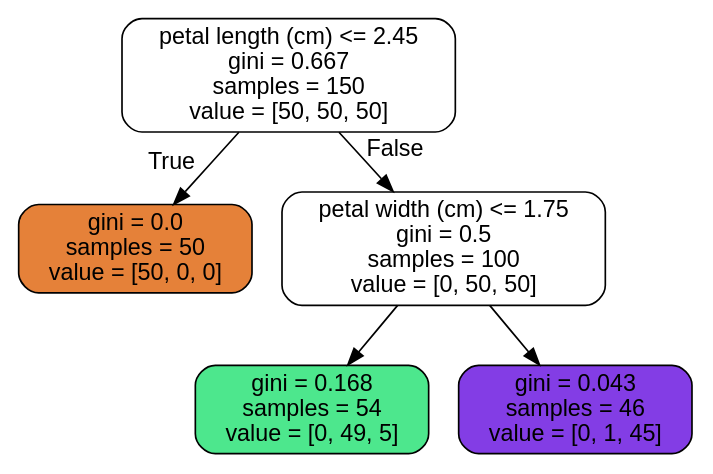
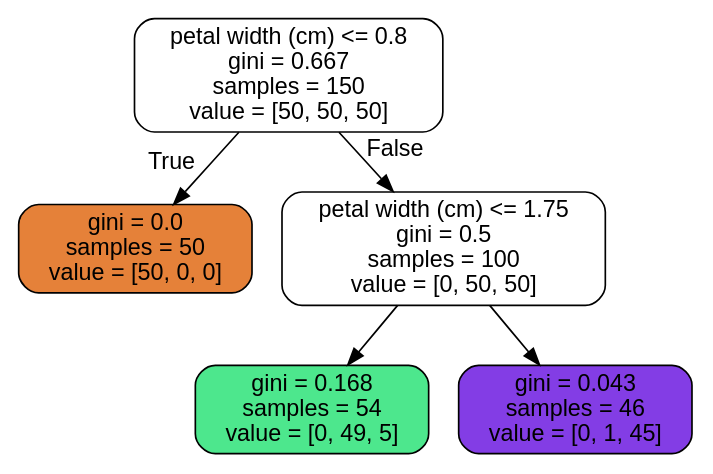
One commit to tao-bai/Hands-on-Machine-Learning changed the diagram in output/chapter5/iris_tree.dot. Above: the diagram before and after it, drawn with Graphviz. The commit also changed 1 other file, not shown here.

```diff
--- a/output/chapter5/iris_tree.dot
+++ b/output/chapter5/iris_tree.dot
@@ -1,13 +1,13 @@
 digraph Tree {
 node [shape=box, style="filled, rounded", color="black", fontname=helvetica] ;
 edge [fontname=helvetica] ;
-0 [label="petal length (cm) <= 2.45\ngini = 0.667\nsamples = 150\nvalue = [50, 50, 50]", fillcolor="#e5813900"] ;
+0 [label="petal width (cm) <= 0.8\ngini = 0.667\nsamples = 150\nvalue = [50, 50, 50]", fillcolor="#e5813900"] ;
 1 [label="gini = 0.0\nsamples = 50\nvalue = [50, 0, 0]", fillcolor="#e58139ff"] ;
 0 -> 1 [labeldistance=2.5, labelangle=45, headlabel="True"] ;
 2 [label="petal width (cm) <= 1.75\ngini = 0.5\nsamples = 100\nvalue = [0, 50, 50]", fillcolor="#39e58100"] ;
 0 -> 2 [labeldistance=2.5, labelangle=-45, headlabel="False"] ;
 3 [label="gini = 0.168\nsamples = 54\nvalue = [0, 49, 5]", fillcolor="#39e581e5"] ;
 2 -> 3 ;
 4 [label="gini = 0.043\nsamples = 46\nvalue = [0, 1, 45]", fillcolor="#8139e5f9"] ;
 2 -> 4 ;
 }
```
